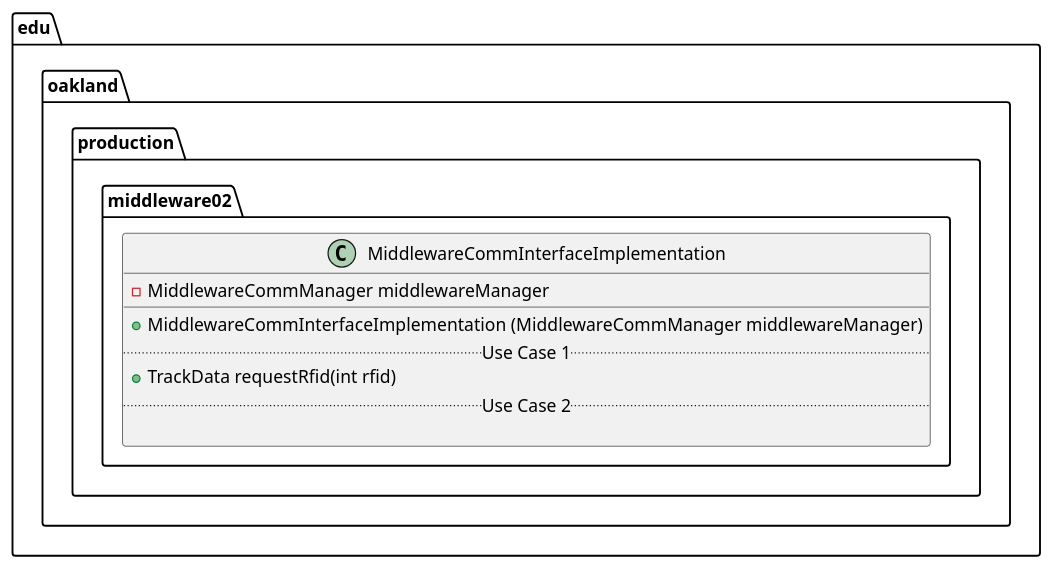
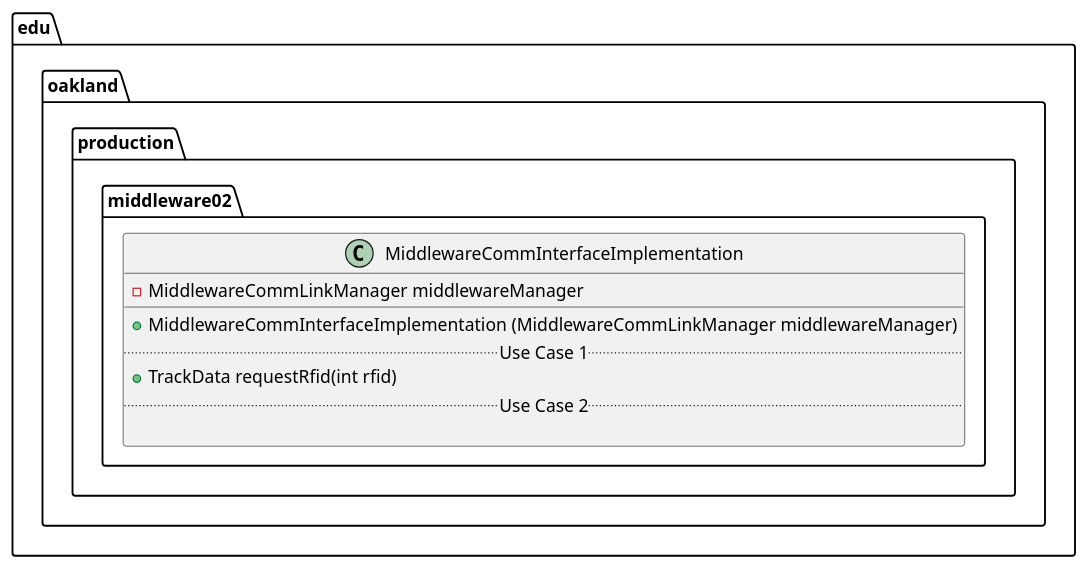
The diagram in docs/uml-class-diagrams/middleware02/production/MiddlewareCommInterfaceImplementation/MiddlewareCommInterfaceImplementation.puml (andrewdimmer/csi-3370-software-project), drawn with PlantUML before and after one commit. The commit also changed 2 other files, not shown here.

Commit message:
[Middleware_02] Document Implementation

```diff
--- a/docs/uml-class-diagrams/middleware02/production/MiddlewareCommInterfaceImplementation/MiddlewareCommInterfaceImplementation.puml
+++ b/docs/uml-class-diagrams/middleware02/production/MiddlewareCommInterfaceImplementation/MiddlewareCommInterfaceImplementation.puml
@@ -1,15 +1,15 @@
 @startuml MiddlewareCommInterfaceImplementation
 
 package edu.oakland.production.middleware02 {
     class MiddlewareCommInterfaceImplementation {
-        - MiddlewareCommManager middlewareManager
+        - MiddlewareCommLinkManager middlewareManager
         __
-        + MiddlewareCommInterfaceImplementation (MiddlewareCommManager middlewareManager)
+        + MiddlewareCommInterfaceImplementation (MiddlewareCommLinkManager middlewareManager)
         .. Use Case 1 ..
         + TrackData requestRfid(int rfid)
         .. Use Case 2 ..
 
     }
 }
 
 @enduml
```
